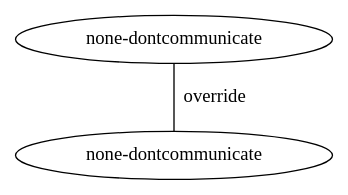
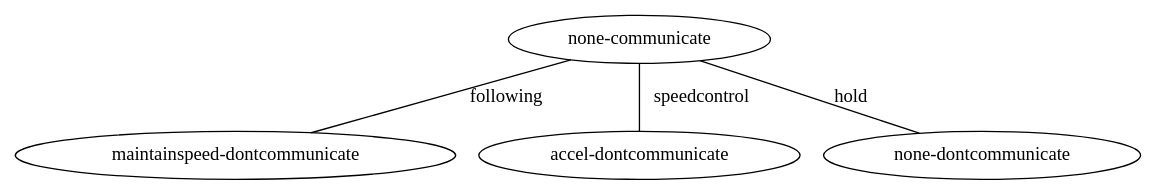
Before and after one commit to AlyssaLytle/DecPOMDP_Suite: the diagram in MADPtools/mtree.dot, drawn with Graphviz. The commit also changed 44 other files, not shown here.

```diff
--- a/MADPtools/mtree.dot
+++ b/MADPtools/mtree.dot
@@ -1,6 +1,10 @@
 digraph machine_tree {
 edge [dir=none];
-node0 [ label = "none-dontcommunicate" ];
-node1 [ label = "none-dontcommunicate" ];
-node0 -> node1 [label="override"];
+node0 [ label = "none-communicate" ];
+node1 [ label = "maintainspeed-dontcommunicate" ];
+node2 [ label = "accel-dontcommunicate" ];
+node3 [ label = "none-dontcommunicate" ];
+node0 -> node1 [label="following"];
+node0 -> node2 [label="speedcontrol"];
+node0 -> node3 [label="hold"];
 }
```
